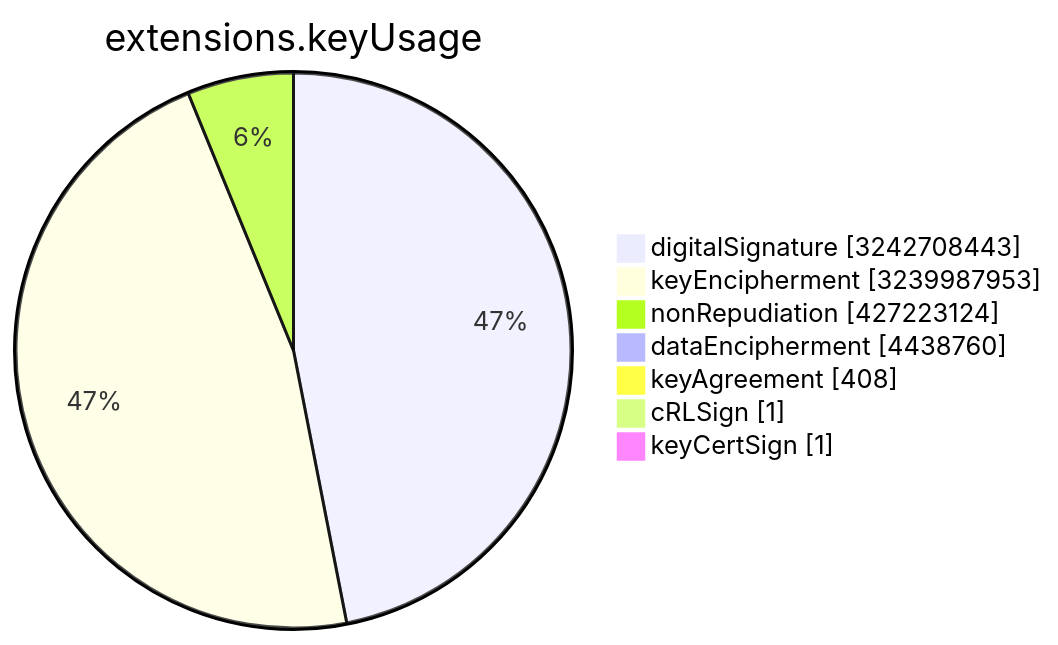
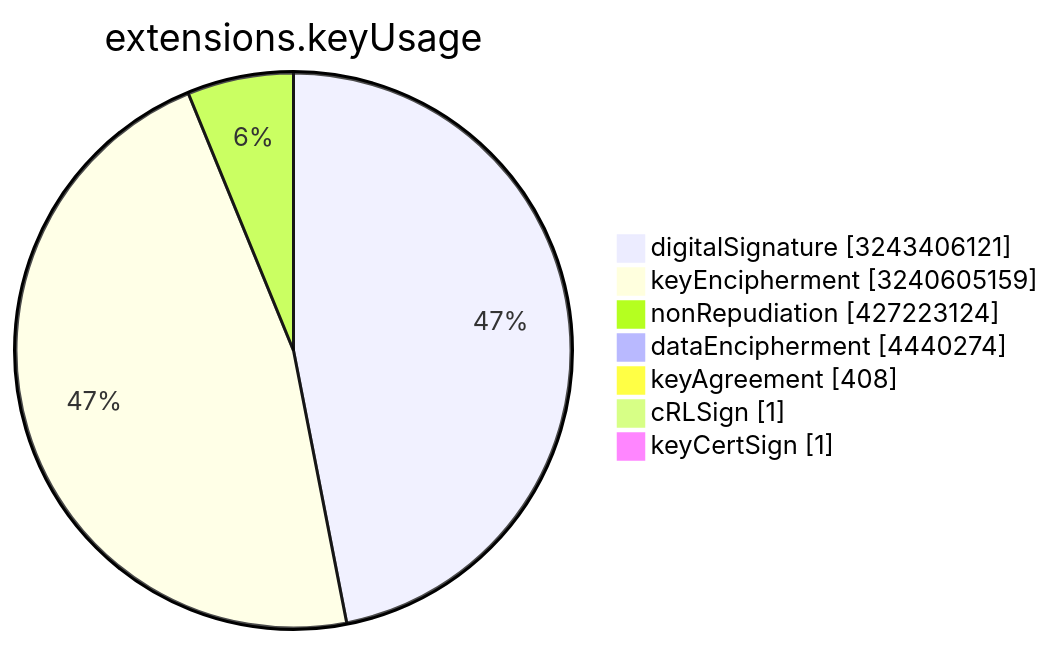
One commit to christiankrug/ctmonitor_visualization changed the sixth of 15 diagrams in TOTAL/README.md. Above: the diagram before and after it, drawn with Mermaid. The commit also changed other lines of this file, not shown here.

````diff
--- a/TOTAL/README.md
+++ b/TOTAL/README.md
@@ -3077,11 +3077,11 @@
 ```mermaid
 pie showData
 title extensions.keyUsage
-"digitalSignature" :3242708443
-"keyEncipherment" :3239987953
+"digitalSignature" :3243406121
+"keyEncipherment" :3240605159
 "nonRepudiation" :427223124
-"dataEncipherment" :4438760
+"dataEncipherment" :4440274
 "keyAgreement" :408
 "cRLSign" :1
 "keyCertSign" :1
 ```
````
